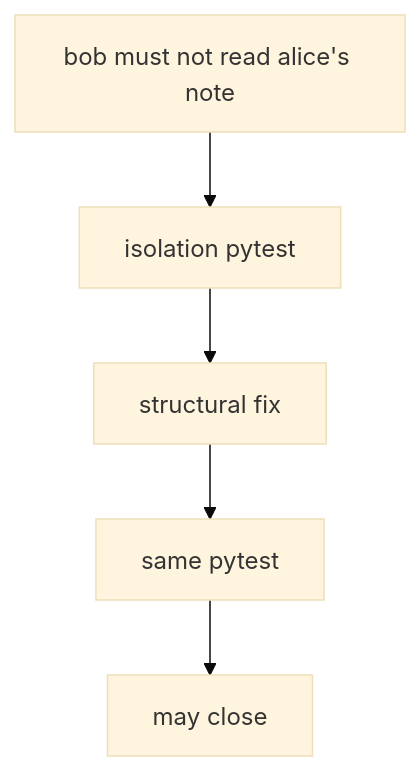
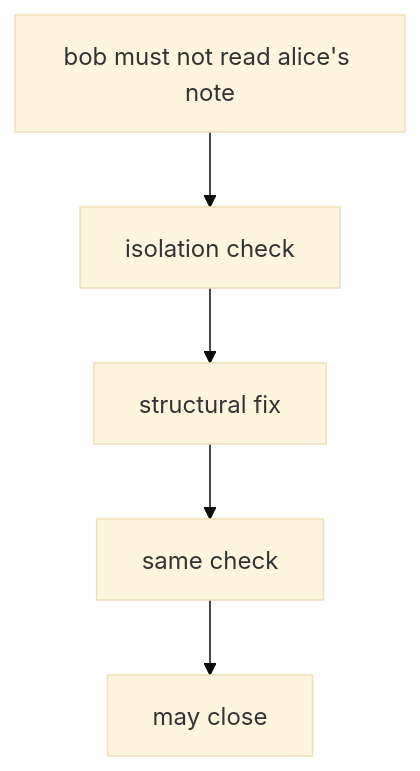
One commit to ishitvagoel/LearnSecurity changed the first of 2 diagrams in content/modules/9/9.5/lessons/02-model.md. Above: the diagram before and after it, drawn with Mermaid (base theme). The commit also changed 230 other files, not shown here.

````diff
--- a/content/modules/9/9.5/lessons/02-model.md
+++ b/content/modules/9/9.5/lessons/02-model.md
@@ -18,7 +18,7 @@
 ```mermaid
 flowchart TD
-  Cell[bob must not read alice's note] --> Test[isolation pytest]
+  Cell[bob must not read alice's note] --> Test[isolation check]
   Test --> Fix[structural fix]
-  Fix --> Retest[same pytest]
+  Fix --> Retest[same check]
   Retest --> Close[may close]
 ```
````
